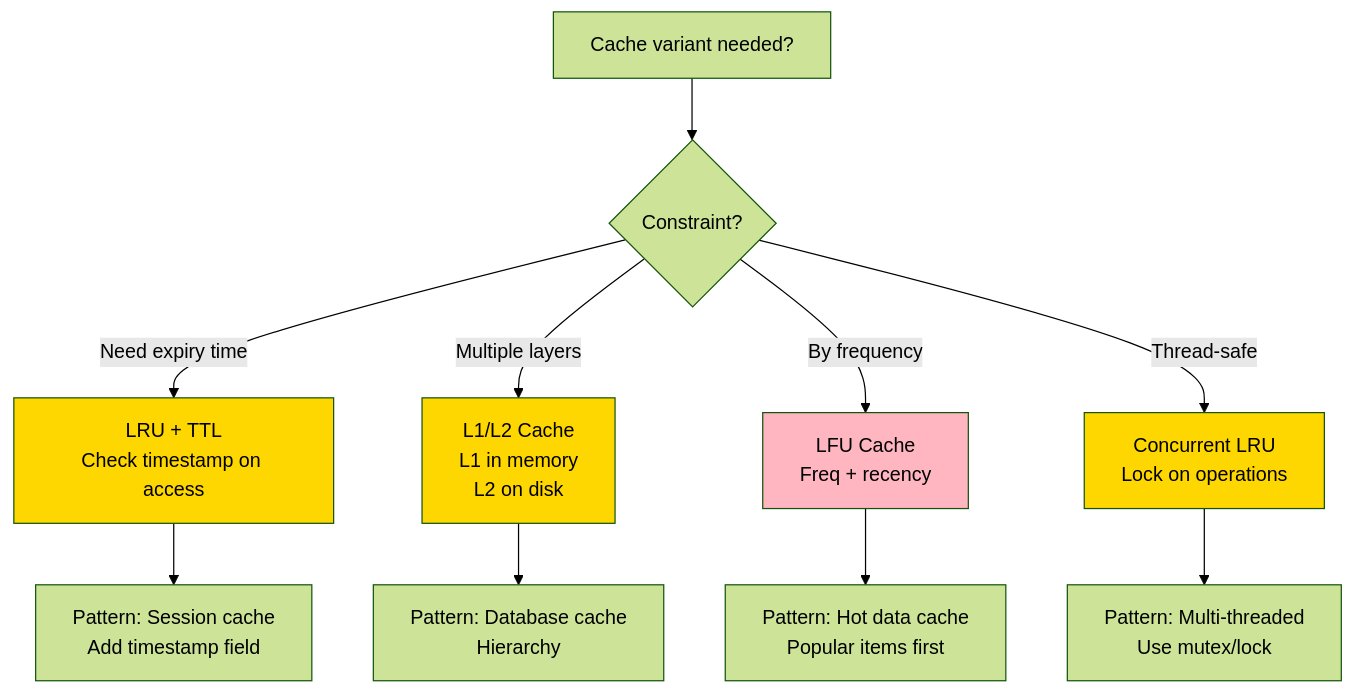
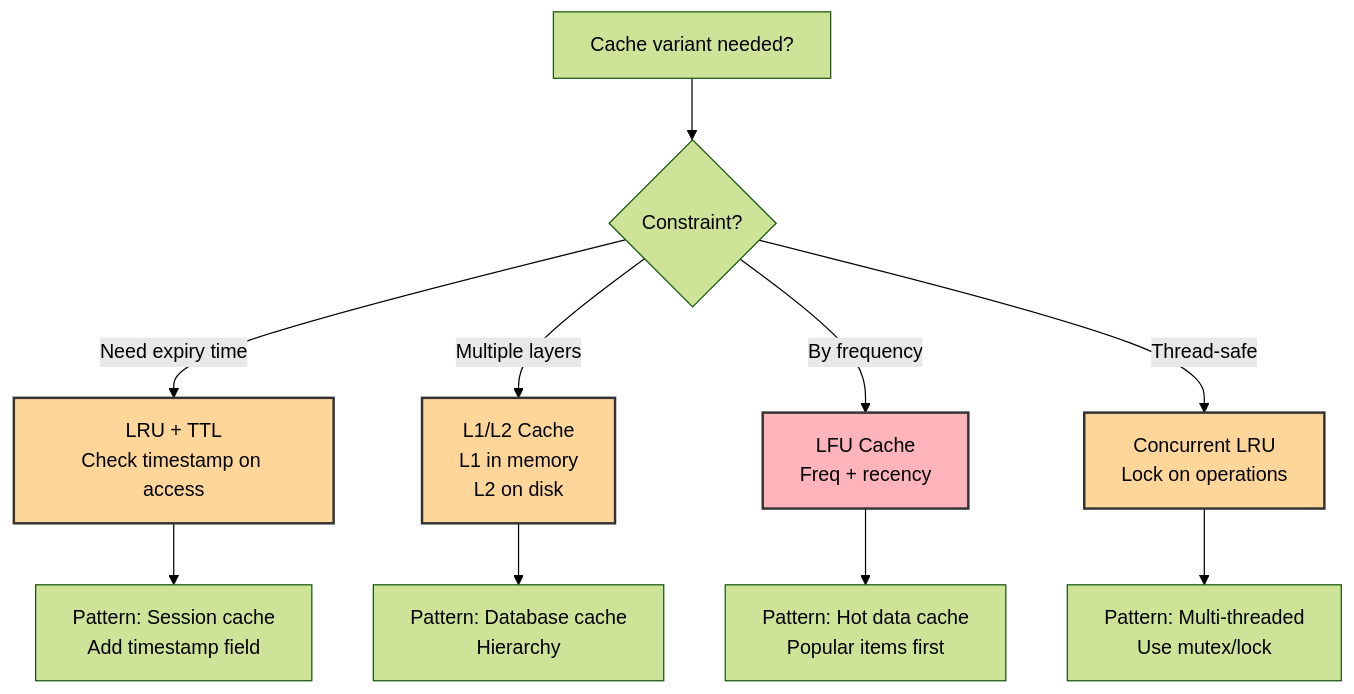
One commit to souradeepta/interviewprep changed the third of 3 diagrams in docs/advanced/lru_cache.md. Above: the diagram before and after it, drawn with Mermaid (forest theme). The commit also changed other lines of this file and 31 other files, not shown here.

Commit message:
updated graphs

````diff
--- a/docs/advanced/lru_cache.md
+++ b/docs/advanced/lru_cache.md
@@ -75,19 +75,19 @@
 ```mermaid
 graph TD
     A["Cache variant needed?"] --> B{"Constraint?"}
     
     B -->|Need expiry time| C["LRU + TTL<br/>Check timestamp on access"]
     B -->|Multiple layers| D["L1/L2 Cache<br/>L1 in memory<br/>L2 on disk"]
     B -->|By frequency| E["LFU Cache<br/>Freq + recency"]
     B -->|Thread-safe| F["Concurrent LRU<br/>Lock on operations"]
     
     C --> G["Pattern: Session cache<br/>Add timestamp field"]
     D --> H["Pattern: Database cache<br/>Hierarchy"]
     E --> I["Pattern: Hot data cache<br/>Popular items first"]
     F --> J["Pattern: Multi-threaded<br/>Use mutex/lock"]
     
-    style C fill:#FFD700
-    style D fill:#FFD700
-    style E fill:#FFB6C1
-    style F fill:#FFD700
+    style C fill:#ffd699,color:#000,stroke:#333,stroke-width:2px
+    style D fill:#ffd699,color:#000,stroke:#333,stroke-width:2px
+    style E fill:#ffb3ba,color:#000,stroke:#333,stroke-width:2px
+    style F fill:#ffd699,color:#000,stroke:#333,stroke-width:2px
 ```
````
